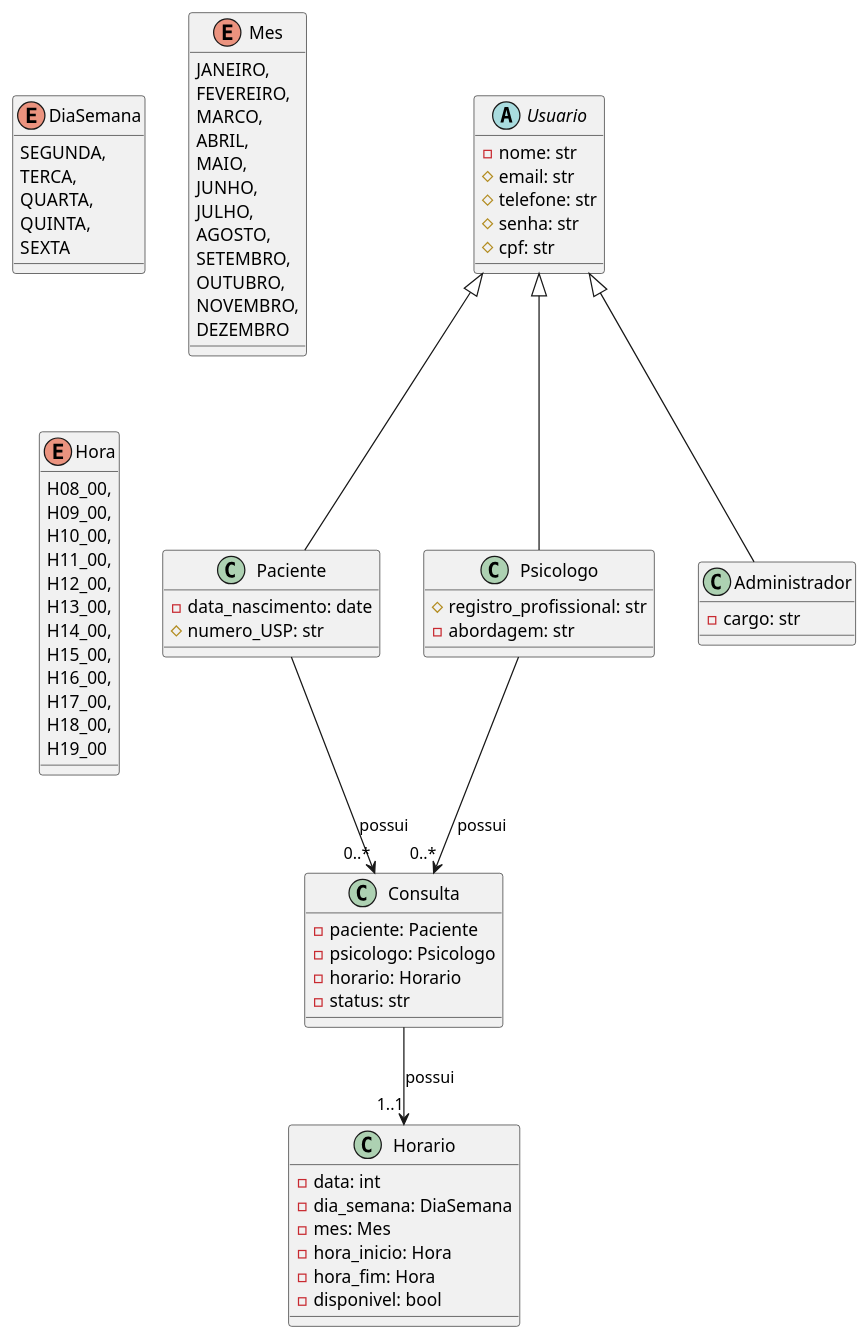
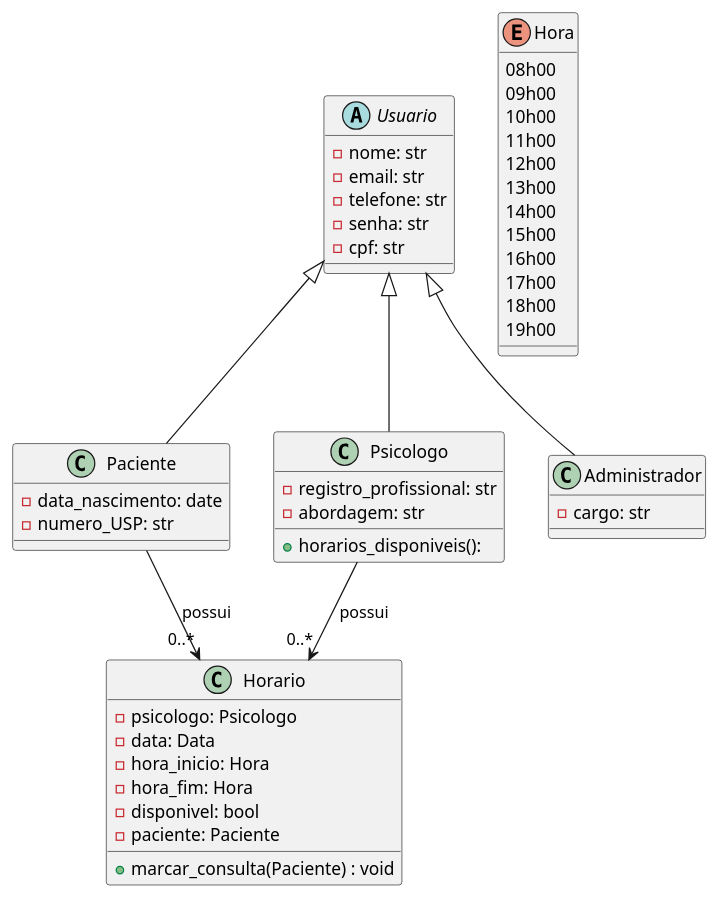
Before and after one commit to catarinamoreiralima/apoo: the diagram in classes.plantuml, drawn with PlantUML. The commit also changed 23 other files, not shown here.

```diff
--- a/classes.plantuml
+++ b/classes.plantuml
@@ -1,89 +1,62 @@
 @startuml classes
 
 abstract class Usuario {
   - nome: str
-  # email: str
-  # telefone: str
-  # senha: str
-  # cpf: str
+  - email: str
+  - telefone: str
+  - senha: str
+  - cpf: str
 }
 
 
 class Paciente {
   - data_nascimento: date
-  # numero_USP: str
+  - numero_USP: str
  
 }
 
 class Psicologo {
-  # registro_profissional: str
+  - registro_profissional: str
   - abordagem: str
-}
+  + horarios_disponiveis(): 
 
-class Consulta {
-  - paciente: Paciente
-  - psicologo: Psicologo
-  - horario: Horario
-  - status: str
 }
 
 class Horario {
-  - data: int
-  - dia_semana: DiaSemana
-  - mes: Mes
+  - psicologo: Psicologo
+  - data: Data
   - hora_inicio: Hora
   - hora_fim: Hora
   - disponivel: bool
+  - paciente: Paciente
+  + marcar_consulta(Paciente) : void
   
 }
 
-enum DiaSemana {
-  SEGUNDA,
-  TERCA,
-  QUARTA,
-  QUINTA,
-  SEXTA
+enum Hora {
+    08h00
+    09h00
+    10h00
+    11h00
+    12h00
+    13h00
+    14h00
+    15h00
+    16h00
+    17h00
+    18h00
+    19h00
 }
 
-enum Mes {
-  JANEIRO,
-  FEVEREIRO,
-  MARCO,
-  ABRIL,
-  MAIO,
-  JUNHO,
-  JULHO,
-  AGOSTO,
-  SETEMBRO,
-  OUTUBRO,
-  NOVEMBRO,
-  DEZEMBRO
-}
-
-enum Hora {
-  H08_00,
-  H09_00,
-  H10_00,
-  H11_00,
-  H12_00,
-  H13_00,
-  H14_00,
-  H15_00,
-  H16_00,
-  H17_00,
-  H18_00,
-  H19_00
-}
 
 class Administrador {
   - cargo: str
 }
 
 Usuario <|-- Paciente
 Usuario <|-- Psicologo
 Usuario <|-- Administrador
-Paciente --> "0..*" Consulta : possui
-Psicologo --> "0..*" Consulta : possui
-Consulta --> "1..1" Horario : possui
+Paciente --> "0..*" Horario : possui
+Psicologo --> "0..*" Horario : possui
 
 @enduml
```
